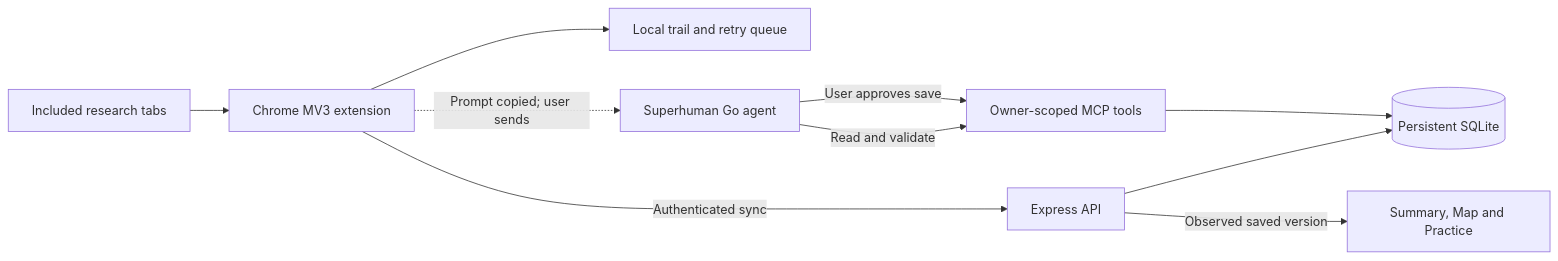
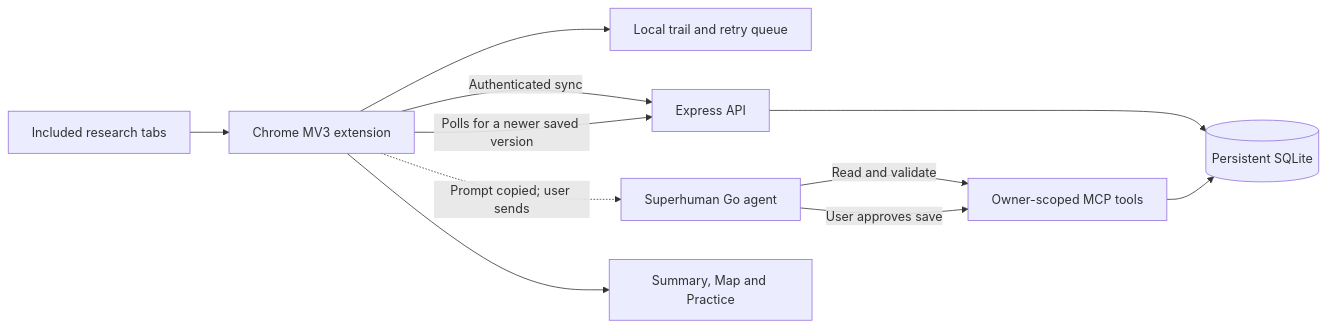
One commit to anshulkhandekar/RabbitHole changed the diagram in README.md. Above: the diagram before and after it, drawn with Mermaid. The commit also changed other lines of this file and 7 other files, not shown here.

Commit message:
fix: clarify architecture and saved session access

````diff
--- a/README.md
+++ b/README.md
@@ -27,12 +27,13 @@
 ```mermaid
 flowchart LR
   Pages[Included research tabs] --> Extension[Chrome MV3 extension]
   Extension --> Local[Local trail and retry queue]
   Extension -->|Authenticated sync| API[Express API]
   API --> DB[(Persistent SQLite)]
   Extension -.->|Prompt copied; user sends| Go[Superhuman Go agent]
   Go -->|Read and validate| MCP[Owner-scoped MCP tools]
   Go -->|User approves save| MCP
   MCP --> DB
-  API -->|Observed saved version| Workspace[Summary, Map and Practice]
+  Extension -->|Polls for a newer saved version| API
+  Extension --> Workspace[Summary, Map and Practice]
 ```
````
